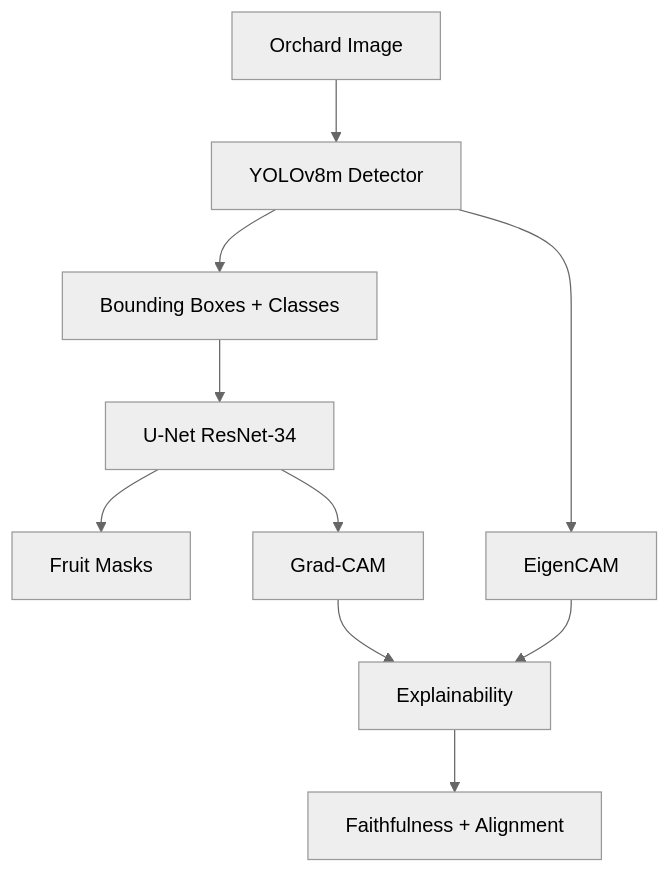
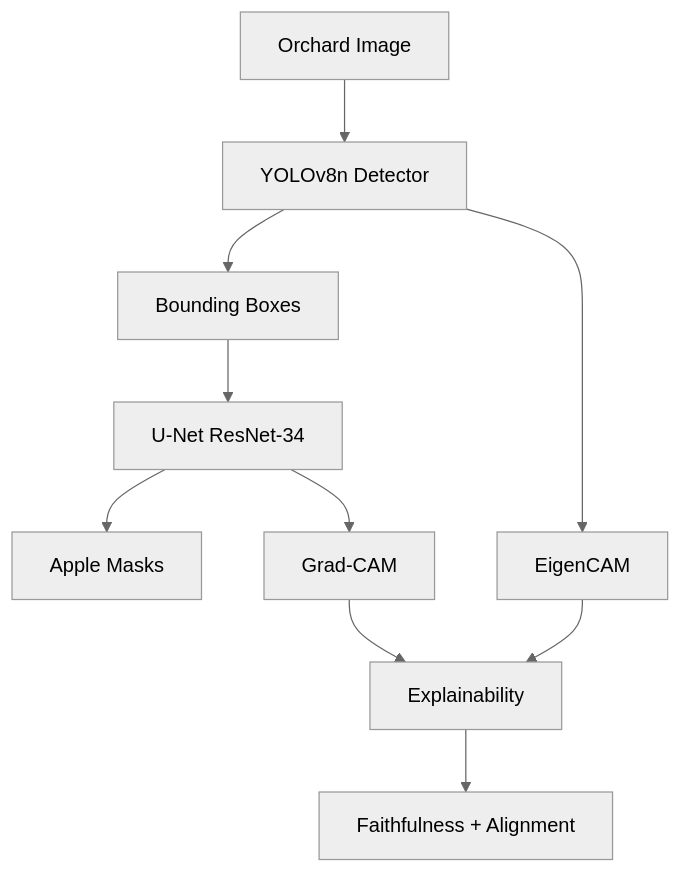
The first of 2 diagrams in presentation/slides.md (Samer-Gassouma/Pomegranate-Orchard-Monitor), drawn with Mermaid (neutral theme) before and after one commit. The commit also changed other lines of this file and 307 other files, not shown here.

First line of the commit message:
feat: complete apple orchard monitoring system

````diff
--- a/presentation/slides.md
+++ b/presentation/slides.md
@@ -49,12 +49,12 @@
 ```mermaid {scale: 0.8}
 graph TD
-    A[Orchard Image] --> B[YOLOv8m Detector]
-    B --> C[Bounding Boxes + Classes]
+    A[Orchard Image] --> B[YOLOv8n Detector]
+    B --> C[Bounding Boxes]
     C --> D[U-Net ResNet-34]
-    D --> E[Fruit Masks]
+    D --> E[Apple Masks]
     B --> F[EigenCAM]
     D --> G[Grad-CAM]
     F --> H[Explainability]
     G --> H
     H --> I[Faithfulness + Alignment]
 ```
````
